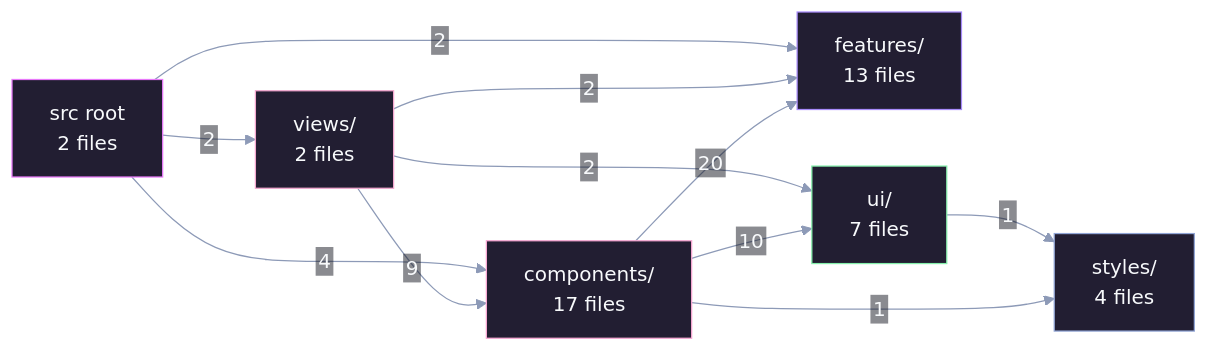
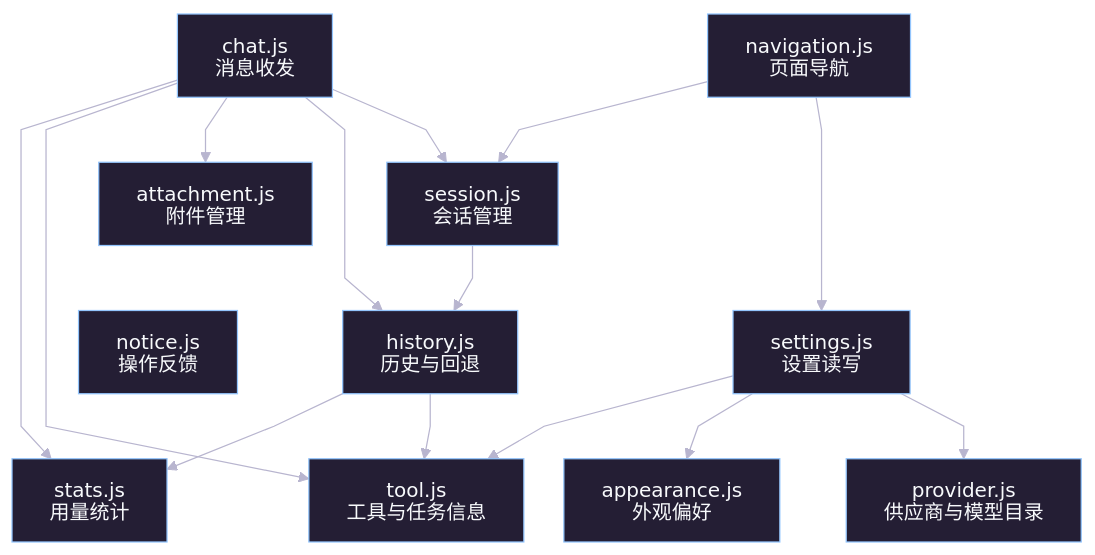
Before and after one commit to kernel4632/agent: the diagram in docs/frontend-target-cross.mmd, drawn with Mermaid. The commit also changed 16 other files, not shown here.

```diff
--- a/docs/frontend-target-cross.mmd
+++ b/docs/frontend-target-cross.mmd
@@ -1,30 +1,34 @@
-%%{init: {'theme':'base','themeVariables':{'fontFamily':'ui-monospace, monospace','fontSize':'16px','primaryColor':'#241c35','primaryBorderColor':'#b5a4d5','primaryTextColor':'#f8fafc','lineColor':'#8d9ab7','clusterBkg':'#151521','clusterBorder':'#60526d','edgeLabelBackground':'#171822'},'flowchart':{'htmlLabels':false,'useMaxWidth':true,'nodeSpacing':30,'rankSpacing':60}}}%%
-flowchart LR
-  n_root["src root<br/>2 files"]
-  n_features["features/<br/>13 files"]
-  n_views["views/<br/>2 files"]
-  n_components["components/<br/>17 files"]
-  n_ui["ui/<br/>7 files"]
-  n_styles["styles/<br/>4 files"]
-  n_root -->|"2"| n_views
-  n_root -->|"4"| n_components
-  n_root -->|"2"| n_features
-  n_views -->|"9"| n_components
-  n_views -->|"2"| n_features
-  n_views -->|"2"| n_ui
-  n_components -->|"20"| n_features
-  n_components -->|"10"| n_ui
-  n_ui -->|"1"| n_styles
-  n_components -->|"1"| n_styles
-  classDef g_n_root fill:#221e32,stroke:#e879f9,color:#f8fafc
-  class n_root g_n_root
-  classDef g_n_features fill:#221e32,stroke:#a78bfa,color:#f8fafc
-  class n_features g_n_features
-  classDef g_n_views fill:#221e32,stroke:#f3a6ce,color:#f8fafc
-  class n_views g_n_views
-  classDef g_n_components fill:#221e32,stroke:#f9a8d4,color:#f8fafc
-  class n_components g_n_components
-  classDef g_n_ui fill:#221e32,stroke:#86efac,color:#f8fafc
-  class n_ui g_n_ui
-  classDef g_n_styles fill:#221e32,stroke:#91a5d5,color:#f8fafc
-  class n_styles g_n_styles
+%%{init: {"theme":"base","htmlLabels":false,"themeVariables":{"darkMode":true,"background":"#0d0f16","fontFamily":"system-ui, Microsoft YaHei, sans-serif","fontSize":"16px","primaryColor":"#241e34","primaryTextColor":"#f8fafc","primaryBorderColor":"#bfaad9","lineColor":"#b8b5cf","clusterBkg":"#171520","clusterBorder":"#66576f","edgeLabelBackground":"#171520"},"flowchart":{"htmlLabels":false,"curve":"linear","nodeSpacing":32,"rankSpacing":52}}}%%
+flowchart TB
+session["session.js<br/>会话管理"]:::dir_commands
+chat["chat.js<br/>消息收发"]:::dir_commands
+history["history.js<br/>历史与回退"]:::dir_commands
+settings["settings.js<br/>设置读写"]:::dir_commands
+provider["provider.js<br/>供应商与模型目录"]:::dir_commands
+appearance["appearance.js<br/>外观偏好"]:::dir_commands
+attachment["attachment.js<br/>附件管理"]:::dir_commands
+tool["tool.js<br/>工具与任务信息"]:::dir_commands
+stats["stats.js<br/>用量统计"]:::dir_commands
+navigation["navigation.js<br/>页面导航"]:::dir_commands
+notice["notice.js<br/>操作反馈"]:::dir_commands
+navigation --> settings
+navigation --> session
+chat --> session
+chat --> history
+chat --> attachment
+chat --> tool
+chat --> stats
+session --> history
+settings --> provider
+settings --> appearance
+settings --> tool
+history --> tool
+history --> stats
+notice ~~~ appearance
+classDef dir_root fill:#241e34,stroke:#d8b4fe,color:#f8fafc
+classDef dir_commands fill:#241e34,stroke:#93c5fd,color:#f8fafc
+classDef dir_views fill:#241e34,stroke:#f9a8d4,color:#f8fafc
+classDef dir_components fill:#241e34,stroke:#d6b5f2,color:#f8fafc
+classDef dir_ui fill:#241e34,stroke:#b8bdfa,color:#f8fafc
+classDef dir_utils fill:#241e34,stroke:#a8bada,color:#f8fafc
+classDef dir_styles fill:#241e34,stroke:#c3a9d3,color:#f8fafc
```
